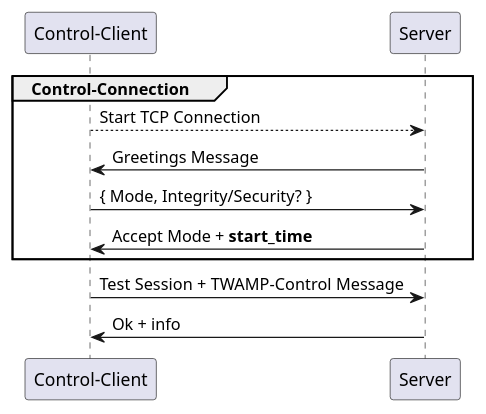
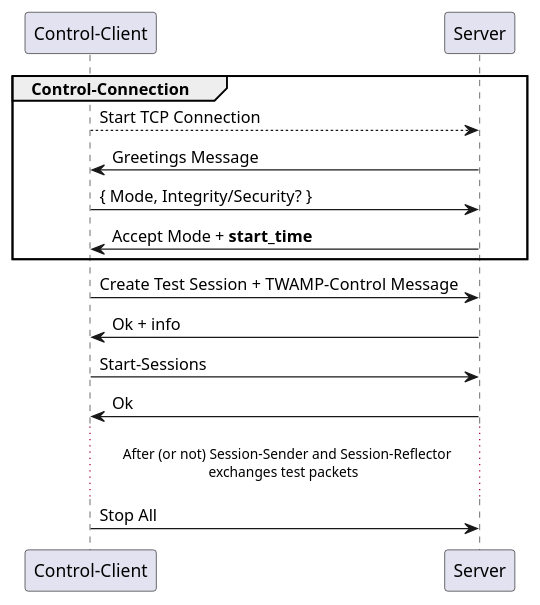
The diagram in resources/twamp.puml (Beloin/TWAMPCpp), drawn with PlantUML before and after one commit.

Commit message:
Creating UML

```diff
--- a/resources/twamp.puml
+++ b/resources/twamp.puml
@@ -1,16 +1,21 @@
 @startuml Twamp
 
 group Control-Connection
 "Control-Client" --> Server: Start TCP Connection
 Server -> "Control-Client": Greetings Message
 
 "Control-Client" -> Server: { Mode, Integrity/Security? }
 Server -> "Control-Client": Accept Mode + **start_time**
 end
 
-"Control-Client" -> Server: Test Session + TWAMP-Control Message
+"Control-Client" -> Server: Create Test Session + TWAMP-Control Message
 "Control-Client" <- Server: Ok + info
 
+"Control-Client" -> Server: Start-Sessions
+"Control-Client" <- Server: Ok
 
+... After (or not) Session-Sender and Session-Reflector\nexchanges test packets ...
+
+"Control-Client" -> Server: Stop All
 
 @enduml
```
